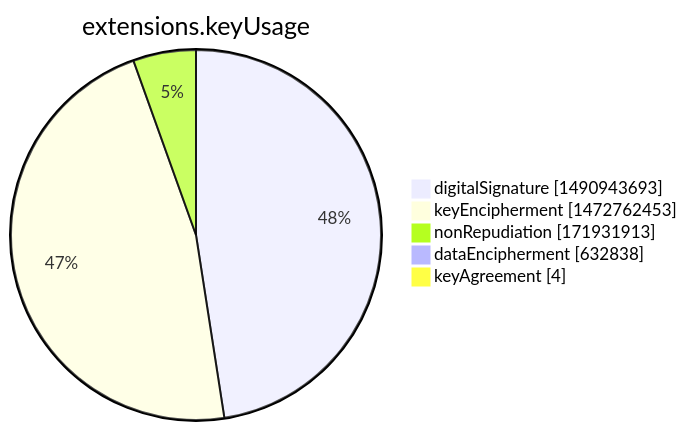
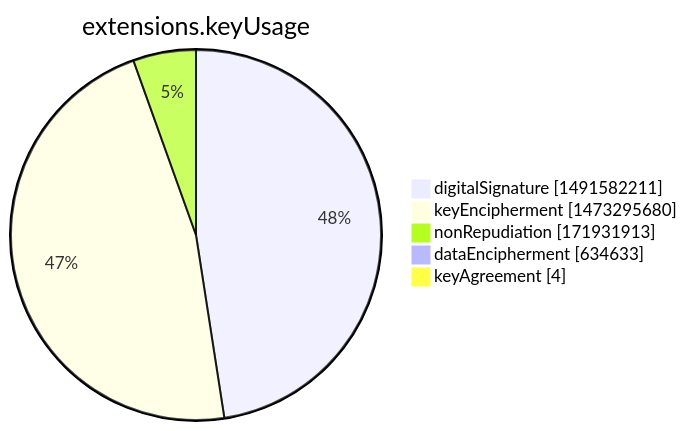
One commit to christiankrug/ctmonitor_visualization changed the seventh of 15 diagrams in argon2022/README.md. Above: the diagram before and after it, drawn with Mermaid. The commit also changed other lines of this file, not shown here.

````diff
--- a/argon2022/README.md
+++ b/argon2022/README.md
@@ -2751,9 +2751,9 @@
 ```mermaid
 pie showData
 title extensions.keyUsage
-"digitalSignature" :1490943693
-"keyEncipherment" :1472762453
+"digitalSignature" :1491582211
+"keyEncipherment" :1473295680
 "nonRepudiation" :171931913
-"dataEncipherment" :632838
+"dataEncipherment" :634633
 "keyAgreement" :4
 ```
````
